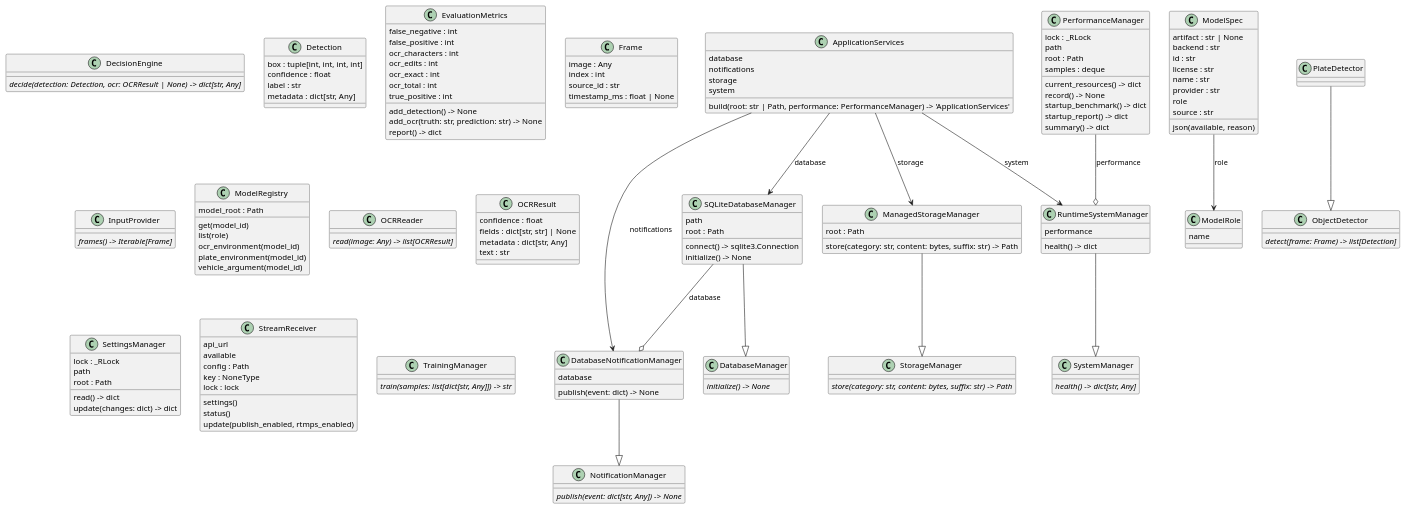
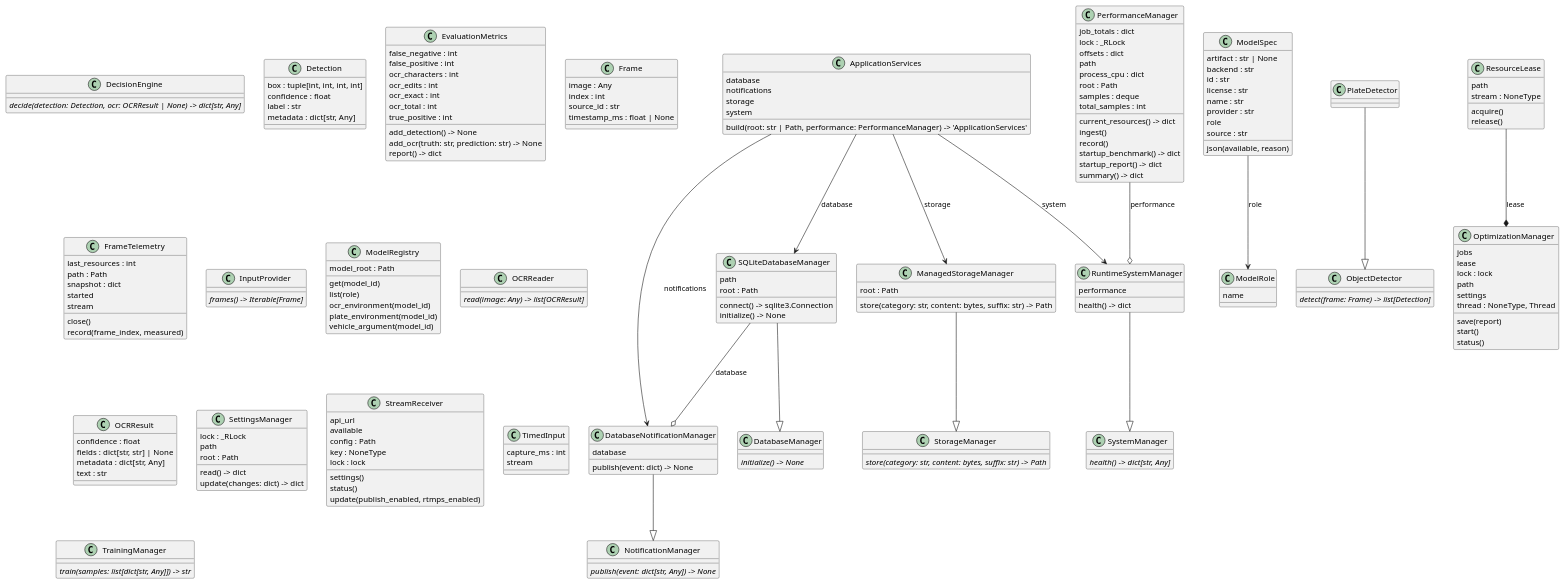
One commit to UeEmon/AI-Gate-System- changed the diagram in docs/generated/services/classes_GateServices.puml. Above: the diagram before and after it, drawn with PlantUML. The commit also changed 4 other files, not shown here.

Commit message:
docs: update UML from main code

```diff
--- a/docs/generated/services/classes_GateServices.puml
+++ b/docs/generated/services/classes_GateServices.puml
@@ -1,149 +1,185 @@
 @startuml classes_GateServices
 set namespaceSeparator none
 class "ApplicationServices" as aigate.services.ApplicationServices {
   database
   notifications
   storage
   system
   build(root: str | Path, performance: PerformanceManager) -> 'ApplicationServices'
 }
 class "DatabaseManager" as aigate.contracts.DatabaseManager {
   {abstract}initialize() -> None
 }
 class "DatabaseNotificationManager" as aigate.services.DatabaseNotificationManager {
   database
   publish(event: dict) -> None
 }
 class "DecisionEngine" as aigate.contracts.DecisionEngine {
   {abstract}decide(detection: Detection, ocr: OCRResult | None) -> dict[str, Any]
 }
 class "Detection" as aigate.contracts.Detection {
   box : tuple[int, int, int, int]
   confidence : float
   label : str
   metadata : dict[str, Any]
 }
 class "EvaluationMetrics" as aigate.evaluation.EvaluationMetrics {
   false_negative : int
   false_positive : int
   ocr_characters : int
   ocr_edits : int
   ocr_exact : int
   ocr_total : int
   true_positive : int
   add_detection() -> None
   add_ocr(truth: str, prediction: str) -> None
   report() -> dict
 }
 class "Frame" as aigate.contracts.Frame {
   image : Any
   index : int
   source_id : str
   timestamp_ms : float | None
+}
+class "FrameTelemetry" as aigate.telemetry.FrameTelemetry {
+  last_resources : int
+  path : Path
+  snapshot : dict
+  started
+  stream
+  close()
+  record(frame_index, measured)
 }
 class "InputProvider" as aigate.contracts.InputProvider {
   {abstract}frames() -> Iterable[Frame]
 }
 class "ManagedStorageManager" as aigate.services.ManagedStorageManager {
   root : Path
   store(category: str, content: bytes, suffix: str) -> Path
 }
 class "ModelRegistry" as aigate.model_registry.ModelRegistry {
   model_root : Path
   get(model_id)
   list(role)
   ocr_environment(model_id)
   plate_environment(model_id)
   vehicle_argument(model_id)
 }
 class "ModelRole" as aigate.model_registry.ModelRole {
   name
 }
 class "ModelSpec" as aigate.model_registry.ModelSpec {
   artifact : str | None
   backend : str
   id : str
   license : str
   name : str
   provider : str
   role
   source : str
   json(available, reason)
 }
 class "NotificationManager" as aigate.contracts.NotificationManager {
   {abstract}publish(event: dict[str, Any]) -> None
 }
 class "OCRReader" as aigate.contracts.OCRReader {
   {abstract}read(image: Any) -> list[OCRResult]
 }
 class "OCRResult" as aigate.contracts.OCRResult {
   confidence : float
   fields : dict[str, str] | None
   metadata : dict[str, Any]
   text : str
 }
 class "ObjectDetector" as aigate.contracts.ObjectDetector {
   {abstract}detect(frame: Frame) -> list[Detection]
 }
+class "OptimizationManager" as aigate.optimization.OptimizationManager {
+  jobs
+  lease
+  lock : lock
+  path
+  settings
+  thread : NoneType, Thread
+  save(report)
+  start()
+  status()
+}
 class "PerformanceManager" as aigate.performance.PerformanceManager {
+  job_totals : dict
   lock : _RLock
+  offsets : dict
   path
+  process_cpu : dict
   root : Path
   samples : deque
+  total_samples : int
   current_resources() -> dict
-  record() -> None
+  ingest()
+  record()
   startup_benchmark() -> dict
   startup_report() -> dict
   summary() -> dict
 }
 class "PlateDetector" as aigate.contracts.PlateDetector {
+}
+class "ResourceLease" as resource_lock.ResourceLease {
+  path
+  stream : NoneType
+  acquire()
+  release()
 }
 class "RuntimeSystemManager" as aigate.services.RuntimeSystemManager {
   performance
   health() -> dict
 }
 class "SQLiteDatabaseManager" as aigate.services.SQLiteDatabaseManager {
   path
   root : Path
   connect() -> sqlite3.Connection
   initialize() -> None
 }
 class "SettingsManager" as aigate.settings.SettingsManager {
   lock : _RLock
   path
   root : Path
   read() -> dict
   update(changes: dict) -> dict
 }
 class "StorageManager" as aigate.contracts.StorageManager {
   {abstract}store(category: str, content: bytes, suffix: str) -> Path
 }
 class "StreamReceiver" as aigate.stream_receiver.StreamReceiver {
   api_url
   available
   config : Path
   key : NoneType
   lock : lock
   settings()
   status()
   update(publish_enabled, rtmps_enabled)
 }
 class "SystemManager" as aigate.contracts.SystemManager {
   {abstract}health() -> dict[str, Any]
 }
+class "TimedInput" as aigate.telemetry.TimedInput {
+  capture_ms : int
+  stream
+}
 class "TrainingManager" as aigate.contracts.TrainingManager {
   {abstract}train(samples: list[dict[str, Any]]) -> str
 }
 aigate.contracts.PlateDetector --|> aigate.contracts.ObjectDetector
 aigate.services.DatabaseNotificationManager --|> aigate.contracts.NotificationManager
 aigate.services.ManagedStorageManager --|> aigate.contracts.StorageManager
 aigate.services.RuntimeSystemManager --|> aigate.contracts.SystemManager
 aigate.services.SQLiteDatabaseManager --|> aigate.contracts.DatabaseManager
 aigate.model_registry.ModelSpec --> aigate.model_registry.ModelRole : role
 aigate.services.ApplicationServices --> aigate.services.DatabaseNotificationManager : notifications
 aigate.services.ApplicationServices --> aigate.services.ManagedStorageManager : storage
 aigate.services.ApplicationServices --> aigate.services.RuntimeSystemManager : system
 aigate.services.ApplicationServices --> aigate.services.SQLiteDatabaseManager : database
+resource_lock.ResourceLease --* aigate.optimization.OptimizationManager : lease
 aigate.performance.PerformanceManager --o aigate.services.RuntimeSystemManager : performance
 aigate.services.SQLiteDatabaseManager --o aigate.services.DatabaseNotificationManager : database
 @enduml
```
